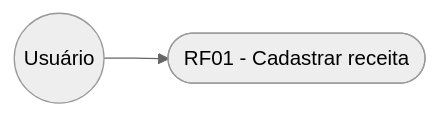
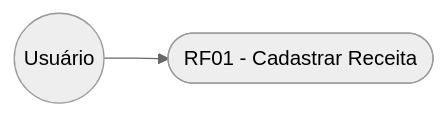
One commit to NEXA-project-br/NEXA changed the first of 8 diagrams in relacionamento/dcu.md. Above: the diagram before and after it, drawn with Mermaid (neutral theme). The commit also changed other lines of this file and 4 other files, not shown here.

````diff
--- a/relacionamento/dcu.md
+++ b/relacionamento/dcu.md
@@ -9,6 +9,6 @@
 ```mermaid
 graph LR
   U((Usuário))
-  RF01([RF01 - Cadastrar receita])
+  RF01([RF01 - Cadastrar Receita])
   U --> RF01
 ```
````
